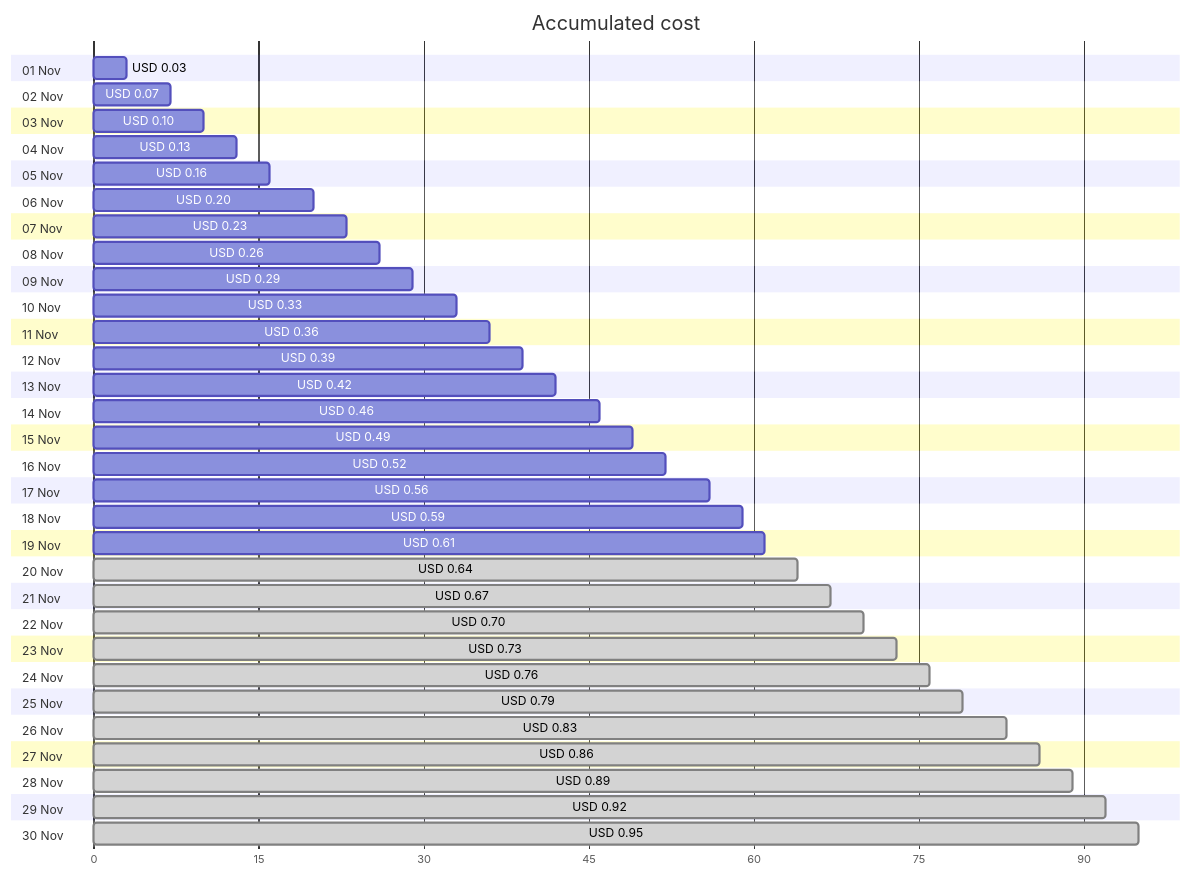
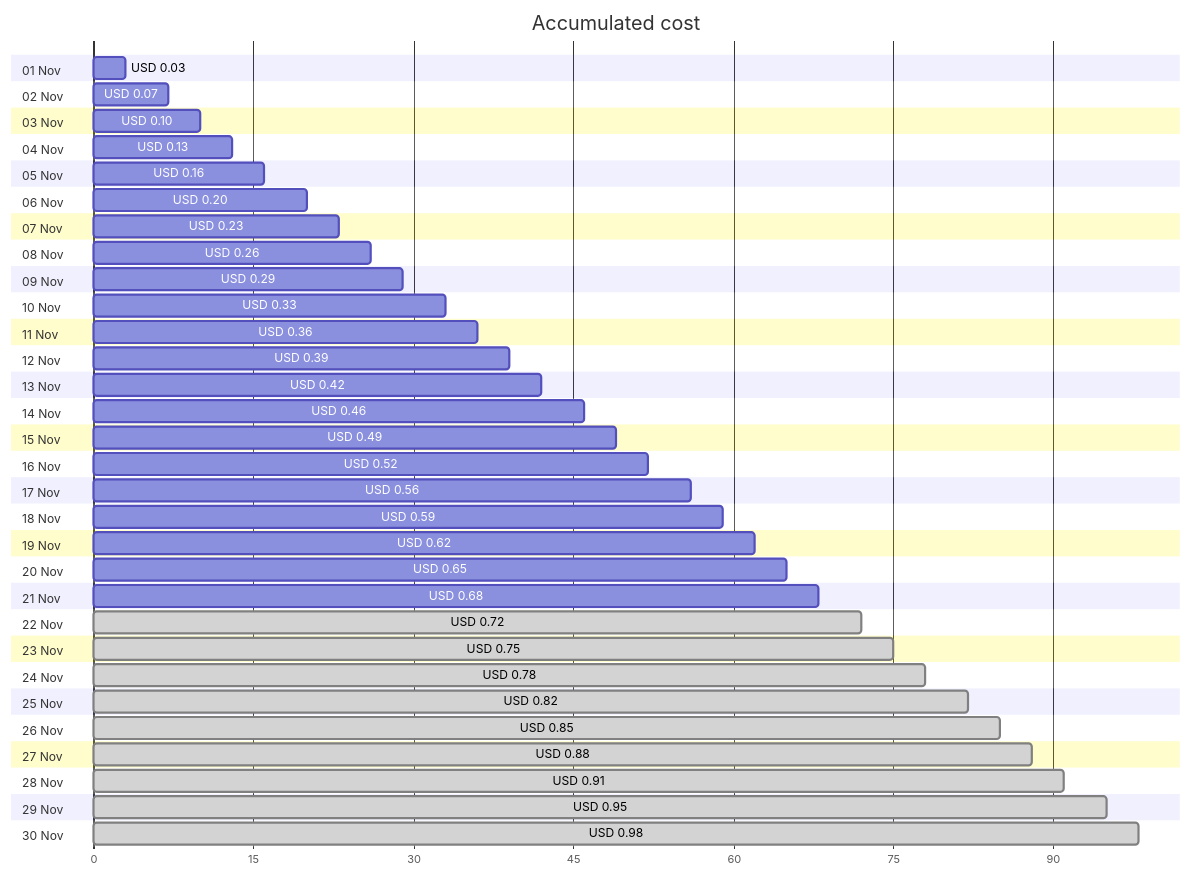
Before and after one commit to jpfulton/azure-personal-reports: the first of 4 diagrams in cost-reports/personal-dns/README.md, drawn with Mermaid. The commit also changed other lines of this file and 2 other files, not shown here.

Commit message:
Generated reports [skip ci]

````diff
--- a/cost-reports/personal-dns/README.md
+++ b/cost-reports/personal-dns/README.md
@@ -20,66 +20,66 @@
 ```mermaid
 gantt
    title Accumulated cost
    dateFormat  X
    axisFormat %s
    section 01 Nov
    USD 0.03 :0, 3
    section 02 Nov
    USD 0.07 :0, 7
    section 03 Nov
    USD 0.10 :0, 10
    section 04 Nov
    USD 0.13 :0, 13
    section 05 Nov
    USD 0.16 :0, 16
    section 06 Nov
    USD 0.20 :0, 20
    section 07 Nov
    USD 0.23 :0, 23
    section 08 Nov
    USD 0.26 :0, 26
    section 09 Nov
    USD 0.29 :0, 29
    section 10 Nov
    USD 0.33 :0, 33
    section 11 Nov
    USD 0.36 :0, 36
    section 12 Nov
    USD 0.39 :0, 39
    section 13 Nov
    USD 0.42 :0, 42
    section 14 Nov
    USD 0.46 :0, 46
    section 15 Nov
    USD 0.49 :0, 49
    section 16 Nov
    USD 0.52 :0, 52
    section 17 Nov
    USD 0.56 :0, 56
    section 18 Nov
    USD 0.59 :0, 59
    section 19 Nov
-   USD 0.61 :0, 61
+   USD 0.62 :0, 62
    section 20 Nov
-   USD 0.64 : done, 0, 64
+   USD 0.65 :0, 65
    section 21 Nov
-   USD 0.67 : done, 0, 67
+   USD 0.68 :0, 68
    section 22 Nov
-   USD 0.70 : done, 0, 70
+   USD 0.72 : done, 0, 72
    section 23 Nov
-   USD 0.73 : done, 0, 73
+   USD 0.75 : done, 0, 75
    section 24 Nov
-   USD 0.76 : done, 0, 76
+   USD 0.78 : done, 0, 78
    section 25 Nov
-   USD 0.79 : done, 0, 79
+   USD 0.82 : done, 0, 82
    section 26 Nov
-   USD 0.83 : done, 0, 83
+   USD 0.85 : done, 0, 85
    section 27 Nov
-   USD 0.86 : done, 0, 86
+   USD 0.88 : done, 0, 88
    section 28 Nov
-   USD 0.89 : done, 0, 89
+   USD 0.91 : done, 0, 91
    section 29 Nov
-   USD 0.92 : done, 0, 92
+   USD 0.95 : done, 0, 95
    section 30 Nov
-   USD 0.95 : done, 0, 95
+   USD 0.98 : done, 0, 98
 ```
````
